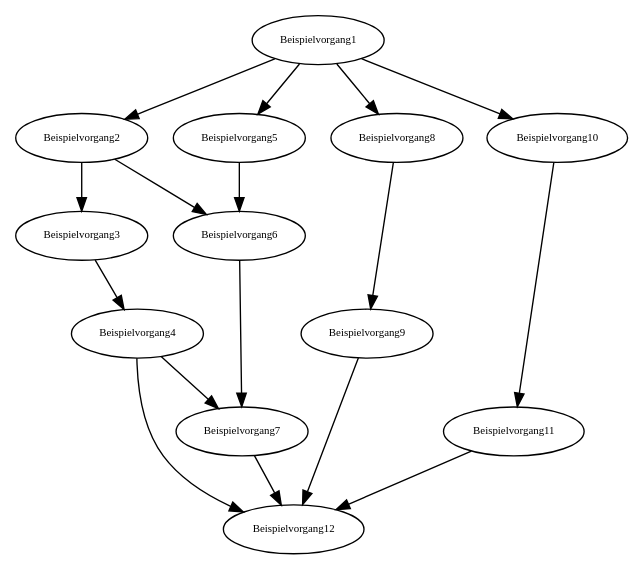
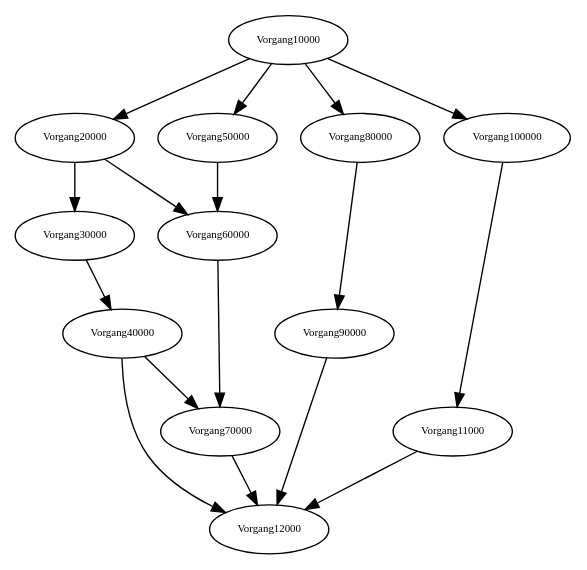
Before and after one commit to rb4k/as-rcpsp: the diagram in graph.dot, drawn with Graphviz. The commit also changed 9 other files, not shown here.

```diff
--- a/graph.dot
+++ b/graph.dot
@@ -1,125 +1,125 @@
 digraph RGL__DirectedAdjacencyGraph {
-    47601936 [
+    48074796 [
         fontsize = 8,
-        label = Beispielvorgang1
+        label = Vorgang10000
     ]
 
-    47601828 [
+    48074748 [
         fontsize = 8,
-        label = Beispielvorgang2
+        label = Vorgang20000
     ]
 
-    47152008 [
+    48122976 [
         fontsize = 8,
-        label = Beispielvorgang5
+        label = Vorgang50000
     ]
 
-    28413708 [
+    48178416 [
         fontsize = 8,
-        label = Beispielvorgang8
+        label = Vorgang80000
     ]
 
-    34395312 [
+    48210384 [
         fontsize = 8,
-        label = Beispielvorgang10
+        label = Vorgang100000
     ]
 
-    38313012 [
+    48284856 [
         fontsize = 8,
-        label = Beispielvorgang3
+        label = Vorgang30000
     ]
 
-    44130900 [
+    48315900 [
         fontsize = 8,
-        label = Beispielvorgang6
+        label = Vorgang60000
     ]
 
-    44544192 [
+    48351252 [
         fontsize = 8,
-        label = Beispielvorgang4
+        label = Vorgang40000
     ]
 
-    44973744 [
+    48367332 [
         fontsize = 8,
-        label = Beispielvorgang7
+        label = Vorgang70000
     ]
 
-    45190356 [
+    48493824 [
         fontsize = 8,
-        label = Beispielvorgang12
+        label = Vorgang12000
     ]
 
-    46949532 [
+    48779280 [
         fontsize = 8,
-        label = Beispielvorgang9
+        label = Vorgang90000
     ]
 
-    47265660 [
+    48853200 [
         fontsize = 8,
-        label = Beispielvorgang11
+        label = Vorgang11000
     ]
 
-    47601936 -> 47601828 [
+    48074796 -> 48074748 [
         fontsize = 8
     ]
 
-    47601936 -> 47152008 [
+    48074796 -> 48122976 [
         fontsize = 8
     ]
 
-    47601936 -> 28413708 [
+    48074796 -> 48178416 [
         fontsize = 8
     ]
 
-    47601936 -> 34395312 [
+    48074796 -> 48210384 [
         fontsize = 8
     ]
 
-    47601828 -> 38313012 [
+    48074748 -> 48284856 [
         fontsize = 8
     ]
 
-    47601828 -> 44130900 [
+    48074748 -> 48315900 [
         fontsize = 8
     ]
 
-    47152008 -> 44130900 [
+    48122976 -> 48315900 [
         fontsize = 8
     ]
 
-    28413708 -> 46949532 [
+    48178416 -> 48779280 [
         fontsize = 8
     ]
 
-    34395312 -> 47265660 [
+    48210384 -> 48853200 [
         fontsize = 8
     ]
 
-    38313012 -> 44544192 [
+    48284856 -> 48351252 [
         fontsize = 8
     ]
 
-    44130900 -> 44973744 [
+    48315900 -> 48367332 [
         fontsize = 8
     ]
 
-    44544192 -> 44973744 [
+    48351252 -> 48367332 [
         fontsize = 8
     ]
 
-    44544192 -> 45190356 [
+    48351252 -> 48493824 [
         fontsize = 8
     ]
 
-    44973744 -> 45190356 [
+    48367332 -> 48493824 [
         fontsize = 8
     ]
 
-    46949532 -> 45190356 [
+    48779280 -> 48493824 [
         fontsize = 8
     ]
 
-    47265660 -> 45190356 [
+    48853200 -> 48493824 [
         fontsize = 8
     ]
 }
```
